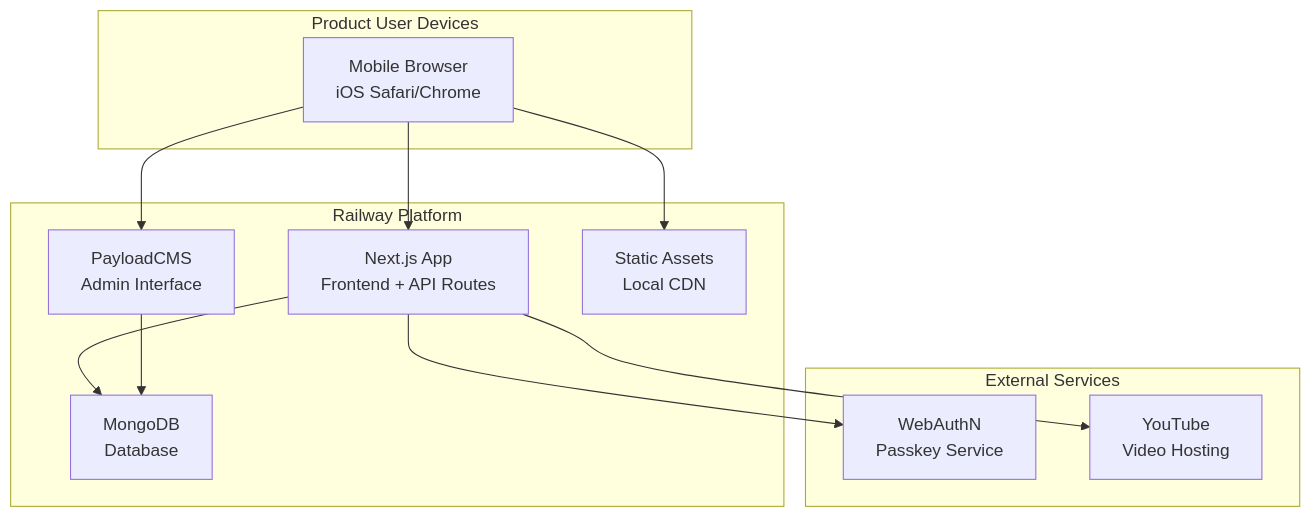
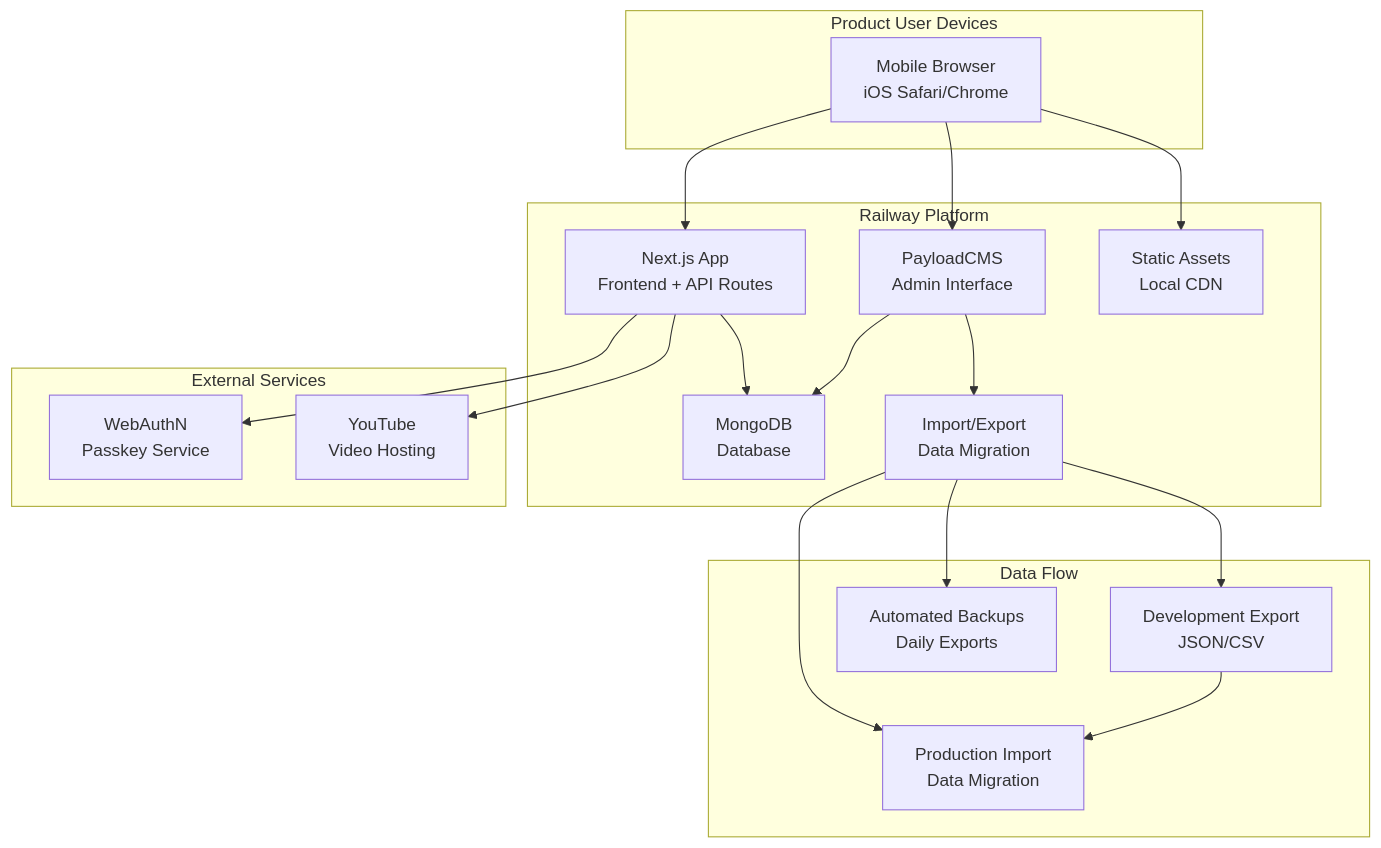
Before and after one commit to justinsisley/workout: the diagram in docs/architecture/high-level-architecture.md, drawn with Mermaid. The commit also changed other lines of this file and 4 other files, not shown here.

First line of the commit message:
docs: integrate import/export learnings into architecture documentation

````diff
--- a/docs/architecture/high-level-architecture.md
+++ b/docs/architecture/high-level-architecture.md
@@ -47,26 +47,38 @@
 ```mermaid
 graph TB
     subgraph "Product User Devices"
         A[Mobile Browser<br/>iOS Safari/Chrome]
     end
 
     subgraph "Railway Platform"
         B[Next.js App<br/>Frontend + API Routes]
         C[PayloadCMS<br/>Admin Interface]
         D[MongoDB<br/>Database]
         E[Static Assets<br/>Local CDN]
+        H[Import/Export<br/>Data Migration]
     end
 
     subgraph "External Services"
         F[WebAuthN<br/>Passkey Service]
         G[YouTube<br/>Video Hosting]
+    end
+
+    subgraph "Data Flow"
+        I[Development Export<br/>JSON/CSV]
+        J[Production Import<br/>Data Migration]
+        K[Automated Backups<br/>Daily Exports]
     end
 
     A --> B
     A --> C
     A --> E
     B --> D
     B --> F
     B --> G
     C --> D
+    C --> H
+    H --> I
+    H --> J
+    H --> K
+    I --> J
 ```
````
